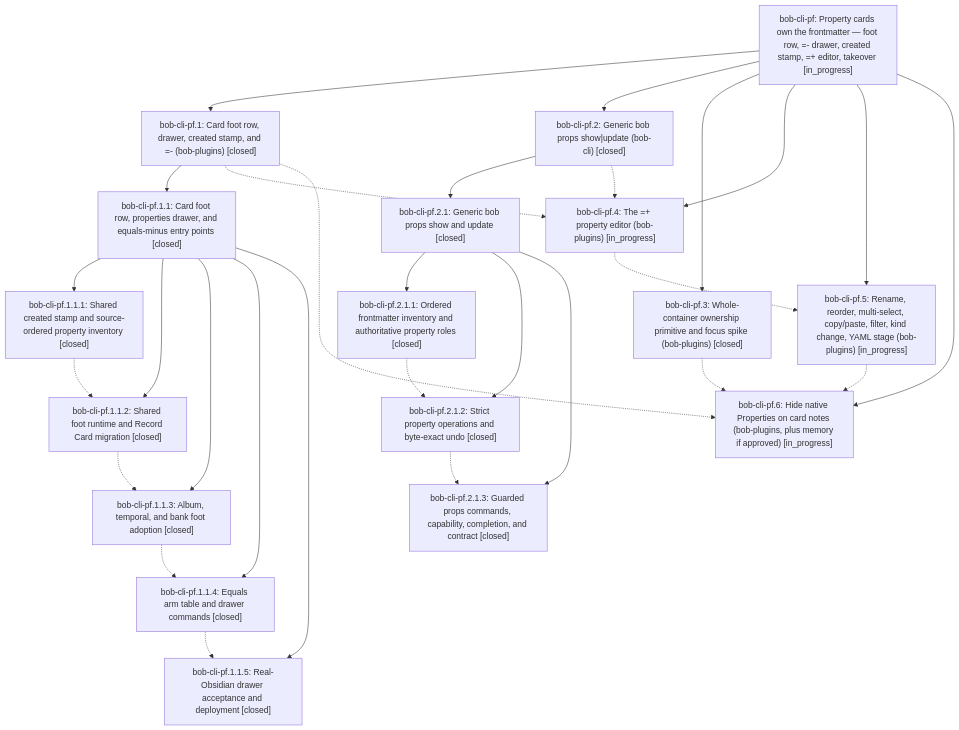
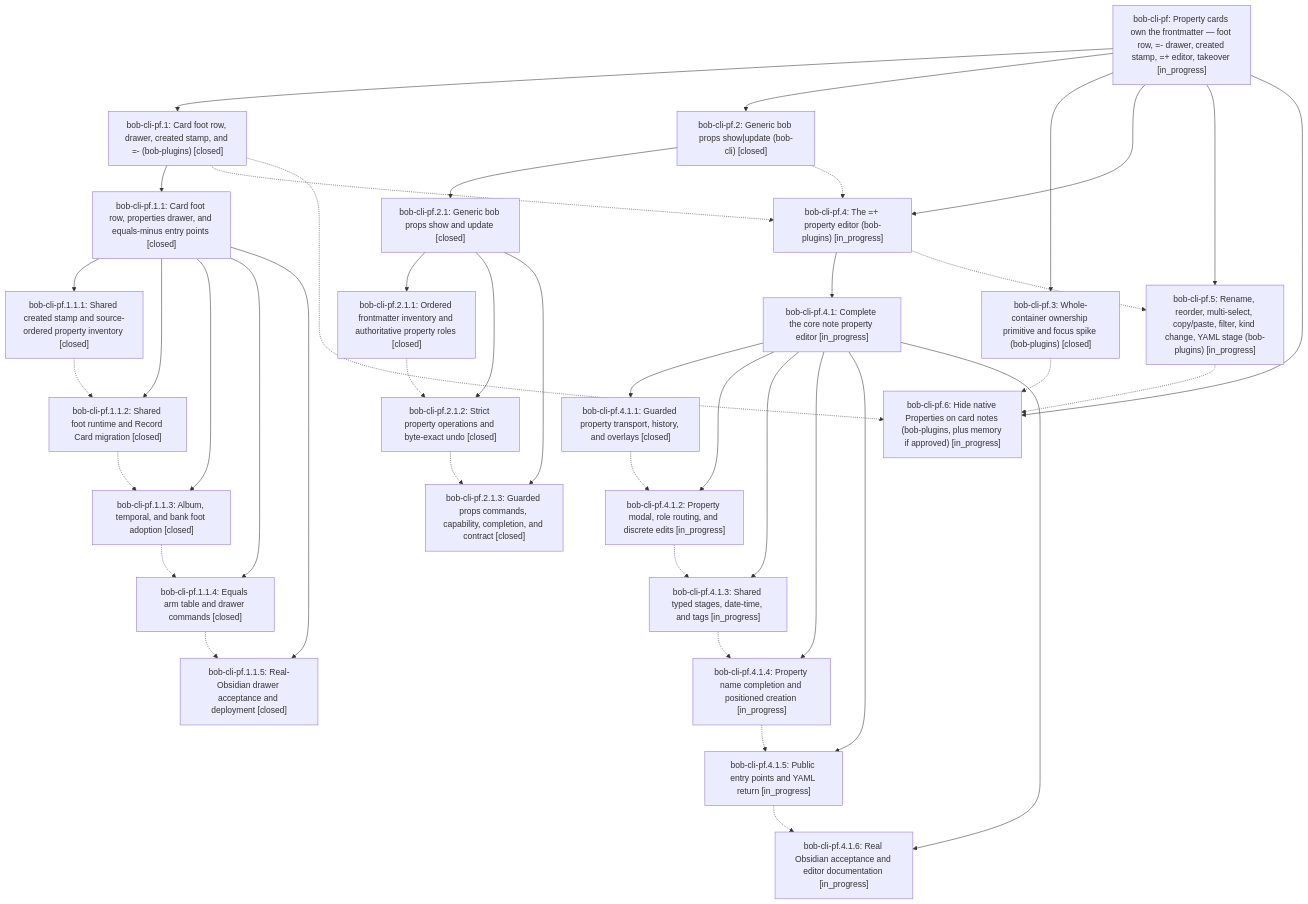
Before and after one commit to bobs-org/bob-cli--beads: the diagram in pages/bob-cli-pf/README.md, drawn with Mermaid. The commit also changed other lines of this file and 10 other files, not shown here.

First line of the commit message:
chore(beads): sync bead state and pages for bob-cli-pf

````diff
--- a/pages/bob-cli-pf/README.md
+++ b/pages/bob-cli-pf/README.md
@@ -41,48 +41,67 @@
 ```mermaid
 flowchart TD
     n0["bob-cli-pf: Property cards own the frontmatter — foot row, =- drawer, created stamp, =+ editor, takeover [in_progress]"]
     n1["bob-cli-pf.1: Card foot row, drawer, created stamp, and =- (bob-plugins) [closed]"]
     n2["bob-cli-pf.1.1: Card foot row, properties drawer, and equals-minus entry points [closed]"]
     n3["bob-cli-pf.1.1.1: Shared created stamp and source-ordered property inventory [closed]"]
     n4["bob-cli-pf.1.1.2: Shared foot runtime and Record Card migration [closed]"]
     n5["bob-cli-pf.1.1.3: Album, temporal, and bank foot adoption [closed]"]
     n6["bob-cli-pf.1.1.4: Equals arm table and drawer commands [closed]"]
     n7["bob-cli-pf.1.1.5: Real-Obsidian drawer acceptance and deployment [closed]"]
     n8["bob-cli-pf.2: Generic bob props show|update (bob-cli) [closed]"]
     n9["bob-cli-pf.2.1: Generic bob props show and update [closed]"]
     n10["bob-cli-pf.2.1.1: Ordered frontmatter inventory and authoritative property roles [closed]"]
     n11["bob-cli-pf.2.1.2: Strict property operations and byte-exact undo [closed]"]
     n12["bob-cli-pf.2.1.3: Guarded props commands, capability, completion, and contract [closed]"]
     n13["bob-cli-pf.3: Whole-container ownership primitive and focus spike (bob-plugins) [closed]"]
     n14["bob-cli-pf.4: The =+ property editor (bob-plugins) [in_progress]"]
-    n15["bob-cli-pf.5: Rename, reorder, multi-select, copy/paste, filter, kind change, YAML stage (bob-plugins) [in_progress]"]
-    n16["bob-cli-pf.6: Hide native Properties on card notes (bob-plugins, plus memory if approved) [in_progress]"]
+    n15["bob-cli-pf.4.1: Complete the core note property editor [in_progress]"]
+    n16["bob-cli-pf.4.1.1: Guarded property transport, history, and overlays [closed]"]
+    n17["bob-cli-pf.4.1.2: Property modal, role routing, and discrete edits [in_progress]"]
+    n18["bob-cli-pf.4.1.3: Shared typed stages, date-time, and tags [in_progress]"]
+    n19["bob-cli-pf.4.1.4: Property name completion and positioned creation [in_progress]"]
+    n20["bob-cli-pf.4.1.5: Public entry points and YAML return [in_progress]"]
+    n21["bob-cli-pf.4.1.6: Real Obsidian acceptance and editor documentation [in_progress]"]
+    n22["bob-cli-pf.5: Rename, reorder, multi-select, copy/paste, filter, kind change, YAML stage (bob-plugins) [in_progress]"]
+    n23["bob-cli-pf.6: Hide native Properties on card notes (bob-plugins, plus memory if approved) [in_progress]"]
     n0 --> n1
     n1 --> n2
     n2 --> n3
     n2 --> n4
     n2 --> n5
     n2 --> n6
     n2 --> n7
     n0 --> n8
     n8 --> n9
     n9 --> n10
     n9 --> n11
     n9 --> n12
     n0 --> n13
     n0 --> n14
-    n0 --> n15
-    n0 --> n16
+    n14 --> n15
+    n15 --> n16
+    n15 --> n17
+    n15 --> n18
+    n15 --> n19
+    n15 --> n20
+    n15 --> n21
+    n0 --> n22
+    n0 --> n23
     n1 -.-> n14
-    n1 -.-> n16
+    n1 -.-> n23
     n3 -.-> n4
     n4 -.-> n5
     n5 -.-> n6
     n6 -.-> n7
     n8 -.-> n14
     n10 -.-> n11
     n11 -.-> n12
-    n13 -.-> n16
-    n14 -.-> n15
-    n15 -.-> n16
+    n13 -.-> n23
+    n14 -.-> n22
+    n16 -.-> n17
+    n17 -.-> n18
+    n18 -.-> n19
+    n19 -.-> n20
+    n20 -.-> n21
+    n22 -.-> n23
 ```
````
